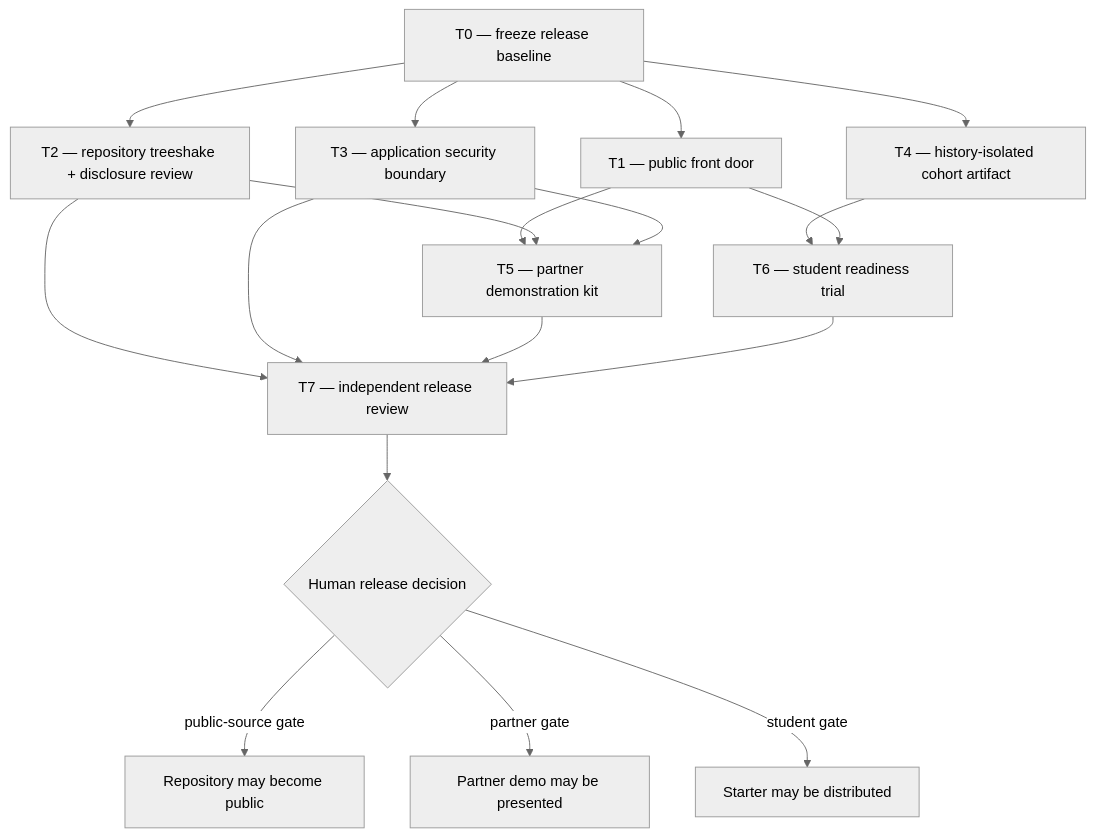
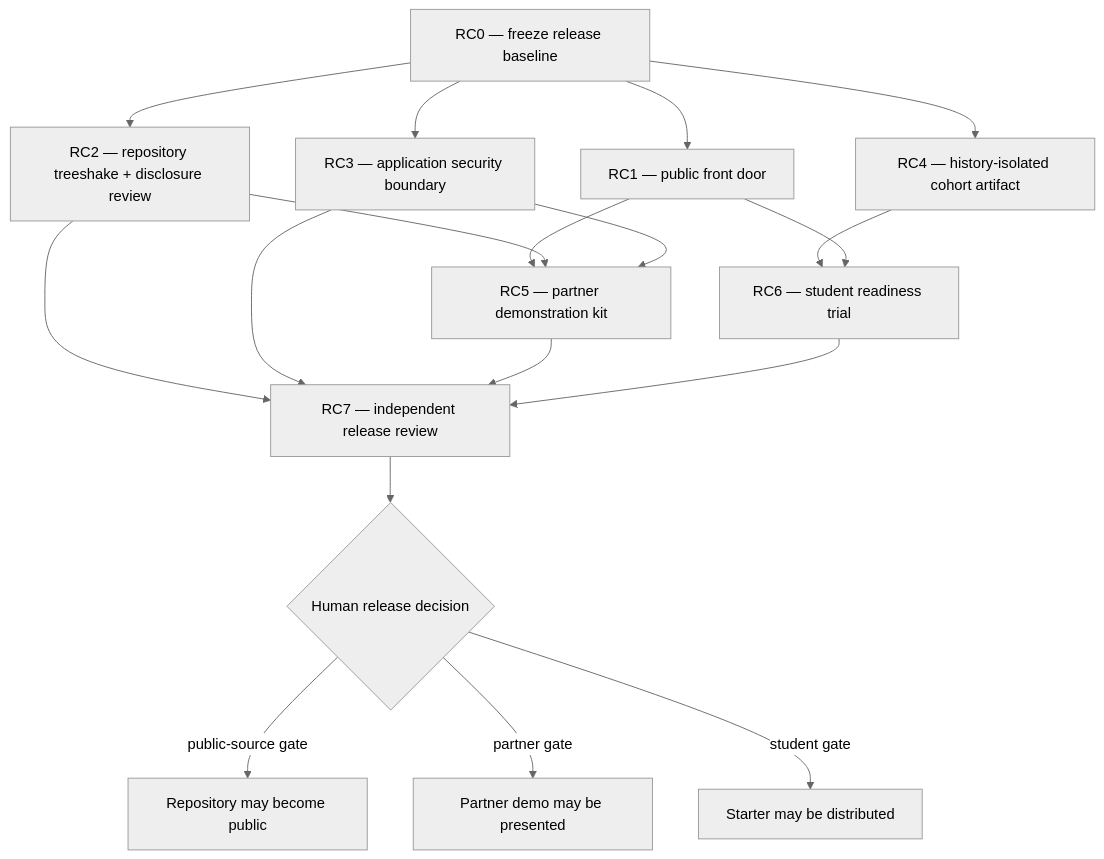
One commit to ruvebal/ttod changed the diagram in docs/DEV_PLAN/PHASE-T-PUBLIC-RELEASE-EXCELLENCE-CASCADE.md. Above: the diagram before and after it, drawn with Mermaid (neutral theme). The commit also changed other lines of this file and 74 other files, not shown here.

````diff
--- a/docs/DEV_PLAN/PHASE-T-PUBLIC-RELEASE-EXCELLENCE-CASCADE.md
+++ b/docs/DEV_PLAN/PHASE-T-PUBLIC-RELEASE-EXCELLENCE-CASCADE.md
@@ -97,20 +102,20 @@
 ```mermaid
 flowchart TD
-    T0["T0 — freeze release baseline"] --> T1["T1 — public front door"]
-    T0 --> T2["T2 — repository treeshake + disclosure review"]
-    T0 --> T3["T3 — application security boundary"]
-    T0 --> T4["T4 — history-isolated cohort artifact"]
-    T1 --> T5["T5 — partner demonstration kit"]
-    T2 --> T5
-    T3 --> T5
-    T4 --> T6["T6 — student readiness trial"]
-    T1 --> T6
-    T2 --> T7["T7 — independent release review"]
-    T3 --> T7
-    T5 --> T7
-    T6 --> T7
-    T7 --> G{"Human release decision"}
+    RC0["RC0 — freeze release baseline"] --> RC1["RC1 — public front door"]
+    RC0 --> RC2["RC2 — repository treeshake + disclosure review"]
+    RC0 --> RC3["RC3 — application security boundary"]
+    RC0 --> RC4["RC4 — history-isolated cohort artifact"]
+    RC1 --> RC5["RC5 — partner demonstration kit"]
+    RC2 --> RC5
+    RC3 --> RC5
+    RC4 --> RC6["RC6 — student readiness trial"]
+    RC1 --> RC6
+    RC2 --> RC7["RC7 — independent release review"]
+    RC3 --> RC7
+    RC5 --> RC7
+    RC6 --> RC7
+    RC7 --> G{"Human release decision"}
     G -->|public-source gate| P["Repository may become public"]
     G -->|partner gate| D["Partner demo may be presented"]
     G -->|student gate| S["Starter may be distributed"]
 ```
````
